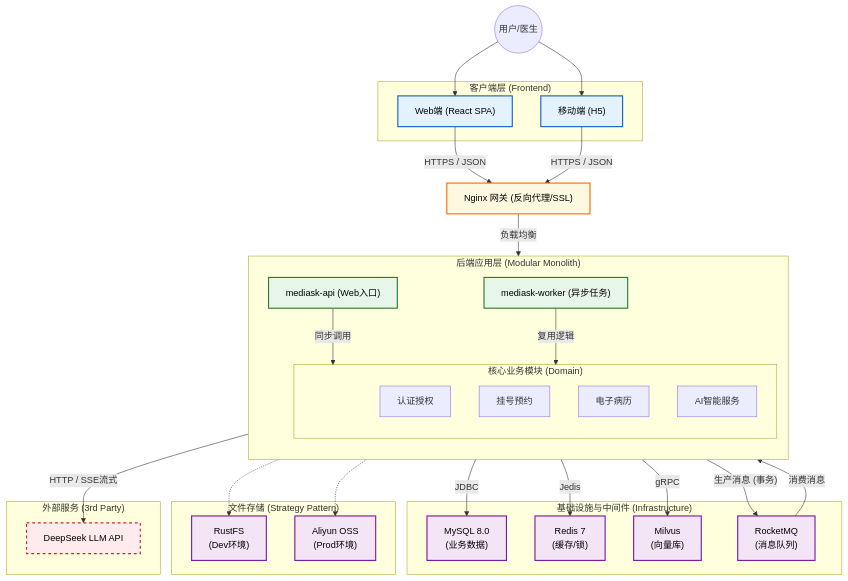
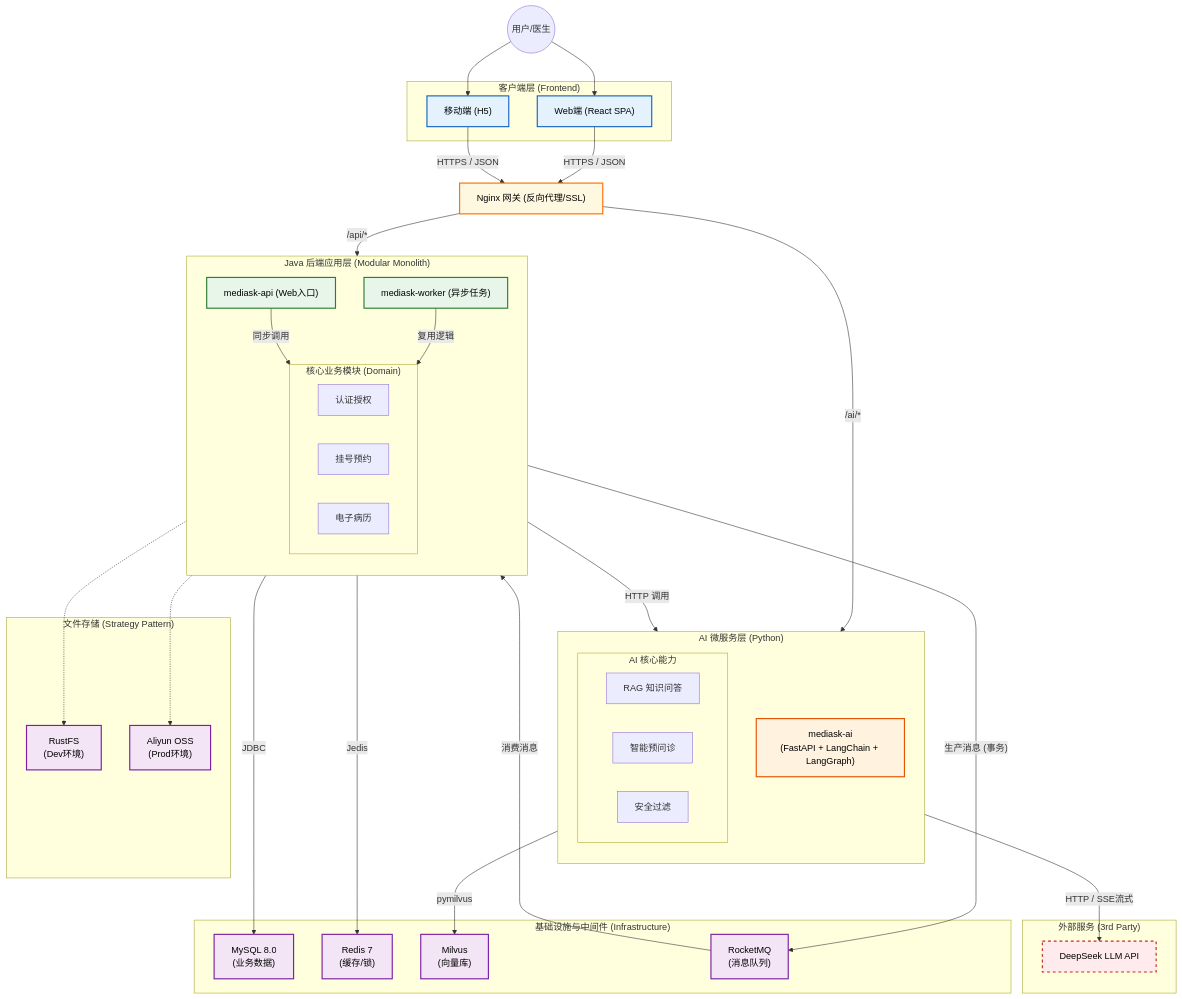
Before and after one commit to JianwenShaw/MediAskDocs: the first of 3 diagrams in ARCHITECTURE_DESIGN.md, drawn with Mermaid. The commit also changed other lines of this file and 4 other files, not shown here.

Commit message:
docs: update architecture and project plan to include AI microservices and technology stack

````diff
--- a/ARCHITECTURE_DESIGN.md
+++ b/ARCHITECTURE_DESIGN.md
@@ -8,67 +8,80 @@
 ```mermaid
 flowchart TB
     %% 样式定义
     classDef client fill:#e3f2fd,stroke:#1565c0,stroke-width:2px,color:#000
     classDef gateway fill:#fff8e1,stroke:#ff6f00,stroke-width:2px,color:#000
     classDef app fill:#e8f5e9,stroke:#2e7d32,stroke-width:2px,color:#000
+    classDef ai fill:#fff3e0,stroke:#e65100,stroke-width:2px,color:#000
     classDef infra fill:#f3e5f5,stroke:#7b1fa2,stroke-width:2px,color:#000
     classDef external fill:#ffebee,stroke:#c62828,stroke-width:2px,stroke-dasharray: 5 5,color:#000
 
     User((用户/医生))
     
     subgraph ClientLayer ["客户端层 (Frontend)"]
         Web["Web端 (React SPA)"]:::client
         H5["移动端 (H5)"]:::client
     end
 
     GW["Nginx 网关 (反向代理/SSL)"]:::gateway
 
-    subgraph BackendLayer ["后端应用层 (Modular Monolith)"]
+    subgraph BackendLayer ["Java 后端应用层 (Modular Monolith)"]
         direction TB
         API["mediask-api (Web入口)"]:::app
         Worker["mediask-worker (异步任务)"]:::app
         
         subgraph Modules ["核心业务模块 (Domain)"]
             Auth[认证授权]
             Appt[挂号预约]
             EMR[电子病历]
-            AI[AI智能服务]
+        end
+    end
+
+    subgraph AILayer ["AI 微服务层 (Python)"]
+        direction TB
+        AIService["mediask-ai<br/>(FastAPI + LangChain + LangGraph)"]:::ai
+        
+        subgraph AIModules ["AI 核心能力"]
+            RAG[RAG 知识问答]
+            Triage[智能预问诊]
+            Guard[安全过滤]
         end
     end
 
     subgraph InfraLayer ["基础设施与中间件 (Infrastructure)"]
         MySQL["MySQL 8.0<br/>(业务数据)"]:::infra
         Redis["Redis 7<br/>(缓存/锁)"]:::infra
         Milvus["Milvus<br/>(向量库)"]:::infra
         MQ["RocketMQ<br/>(消息队列)"]:::infra
     end
 
     subgraph StorageLayer ["文件存储 (Strategy Pattern)"]
         RustFS["RustFS<br/>(Dev环境)"]:::infra
         OSS["Aliyun OSS<br/>(Prod环境)"]:::infra
     end
 
     subgraph ExternalLayer ["外部服务 (3rd Party)"]
         DeepSeek["DeepSeek LLM API"]:::external
     end
 
     %% 链路关系
     User --> Web & H5
     Web & H5 -- "HTTPS / JSON" --> GW
-    GW -- "负载均衡" --> API
+    GW -- "/api/*" --> API
+    GW -- "/ai/*" --> AIService
 
     API -- "同步调用" --> Modules
+    API -- "HTTP 调用" --> AIService
     Worker -- "复用逻辑" --> Modules
 
     Modules -- "JDBC" --> MySQL
     Modules -- "Jedis" --> Redis
-    Modules -- "gRPC" --> Milvus
+    AIService -- "pymilvus" --> Milvus
     
     API -- "生产消息 (事务)" --> MQ
     MQ -- "消费消息" --> Worker
 
     Modules -.-> RustFS
     Modules -.-> OSS
 
-    AI -- "HTTP / SSE流式" --> DeepSeek
+    AIService -- "HTTP / SSE流式" --> DeepSeek
 ```
````
